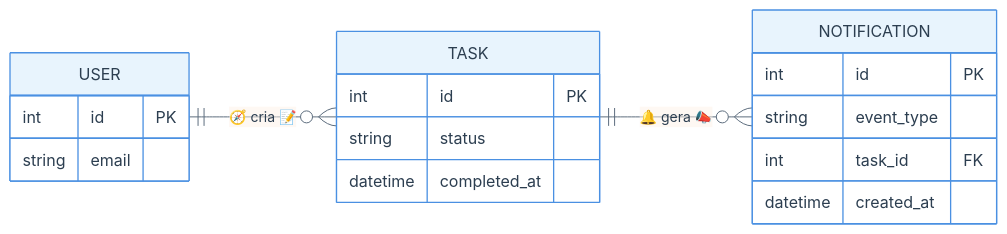
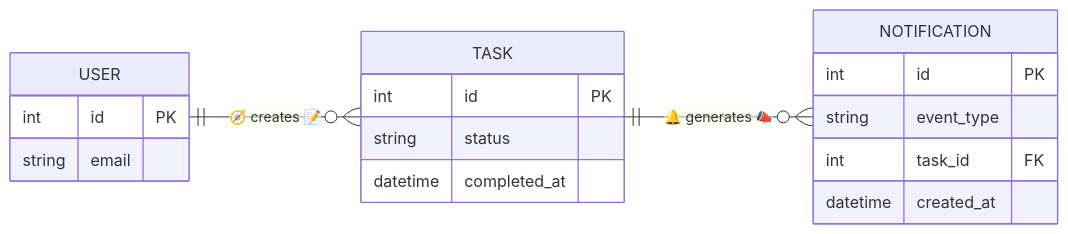
The eighth of 8 diagrams in README.md (enogrob/c2s-webscraping-rails), drawn with Mermaid before and after one commit. The commit also changed other lines of this file and 3 other files, not shown here.

````diff
--- a/README.md
+++ b/README.md
@@ -526,37 +440,24 @@
 ```mermaid
-%%{init: {
-	'theme':'base',
-	'themeVariables': {
-		'primaryColor':'#E8F4FD',
-		'primaryBorderColor':'#4A90E2',
-		'primaryTextColor':'#2C3E50',
-		'secondaryColor':'#F0F8E8',
-		'tertiaryColor':'#FDF2E8',
-		'quaternaryColor':'#F8E8F8',
-		'lineColor':'#5D6D7E',
-		'fontFamily':'Inter,Segoe UI,Arial'
-	}
-}}%%
 erDiagram
 	direction LR
-	USER ||--o{ TASK : "🧭 cria 📝"
-	TASK ||--o{ NOTIFICATION : "🔔 gera 📣"
+	USER ||--o{ TASK : "🧭 creates 📝"
+	TASK ||--o{ NOTIFICATION : "🔔 generates 📣"
 
 	USER {
 		int id PK
 		string email
 	}
 
 	TASK {
 		int id PK
 		string status
 		datetime completed_at
 	}
 
 	NOTIFICATION {
 		int id PK
 		string event_type
 		int task_id FK
 		datetime created_at
 	}
 ```
````
